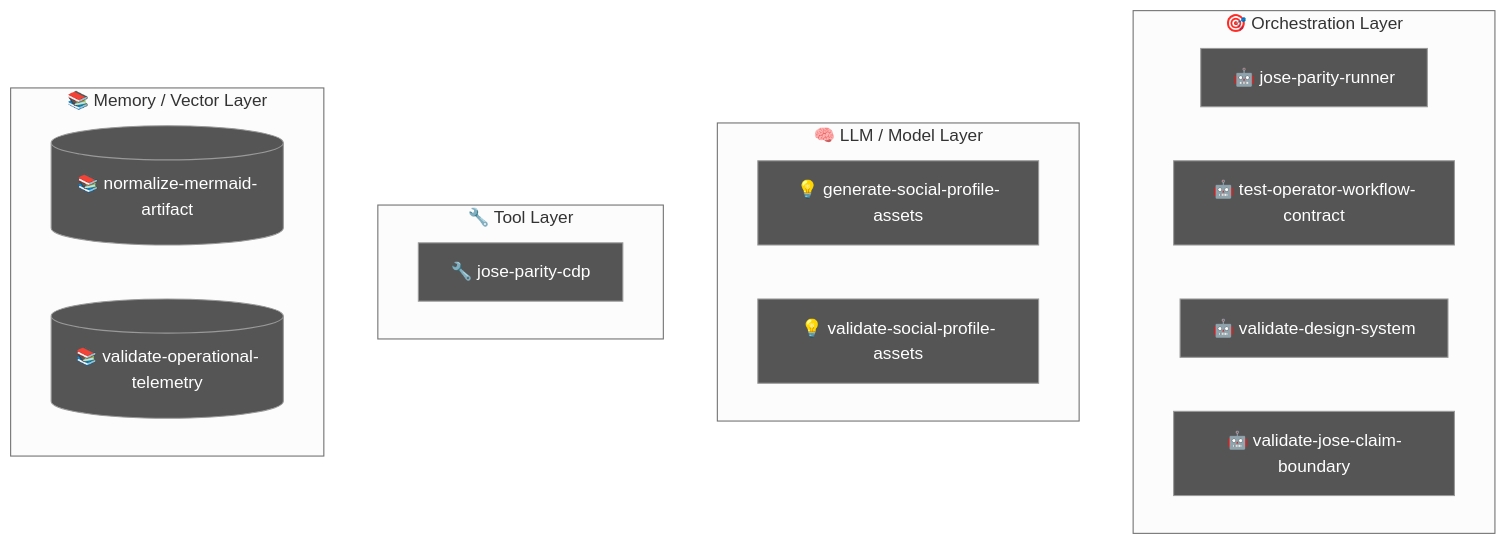
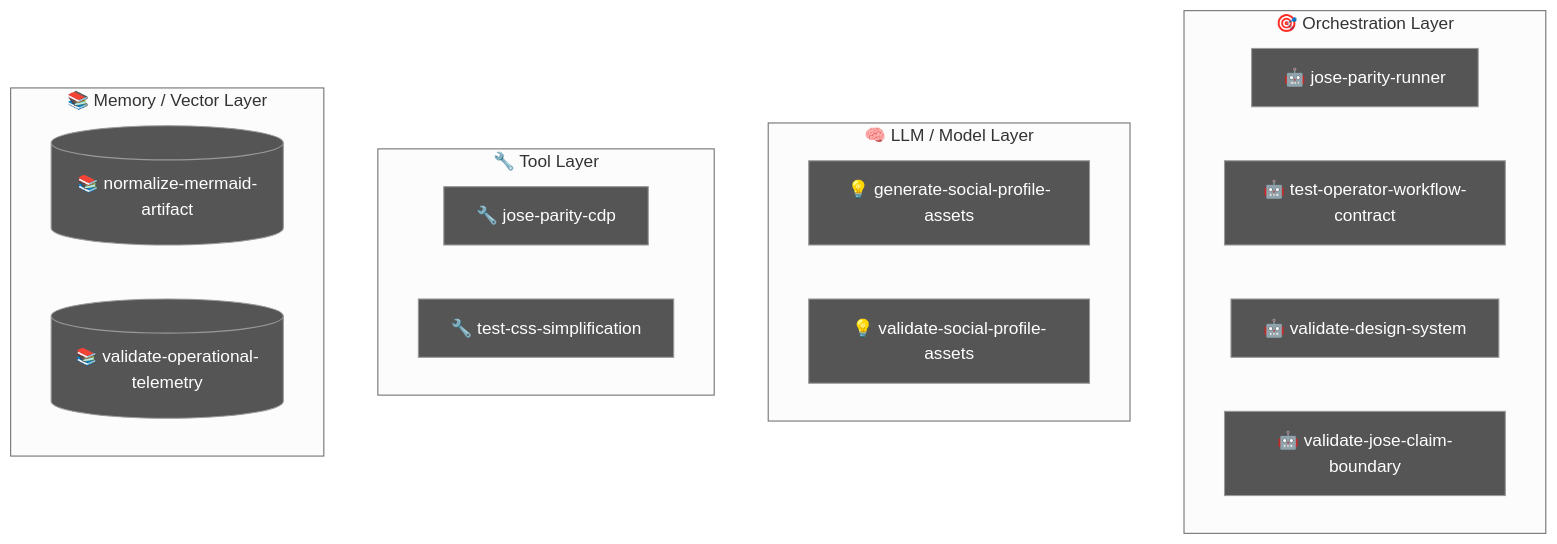
The diagram in .diagram/agent.mmd (jscraik/websites), drawn with Mermaid (neutral theme) before and after one commit. The commit also changed 5 other files, not shown here.

First line of the commit message:
chore(portfolio): refresh architecture projections

```diff
--- a/.diagram/agent.mmd
+++ b/.diagram/agent.mmd
@@ -1,26 +1,27 @@
 flowchart TD
   subgraph Orchestration["🎯 Orchestration Layer"]
     jose_parity_runner_50cc4344["🤖 jose-parity-runner"]
     test_operator_workflow_contract_b4a152d7["🤖 test-operator-workflow-contract"]
     validate_design_system_b8a5f37c["🤖 validate-design-system"]
     validate_jose_claim_boundary_01082824["🤖 validate-jose-claim-boundary"]
   end
   subgraph LLMLayer["🧠 LLM / Model Layer"]
     generate_social_profile_assets_f4f94011["💡 generate-social-profile-assets"]
     validate_social_profile_assets_a023937b["💡 validate-social-profile-assets"]
   end
   subgraph ToolLayer["🔧 Tool Layer"]
     jose_parity_cdp_bdcde21d["🔧 jose-parity-cdp"]
+    test_css_simplification_05516724["🔧 test-css-simplification"]
   end
   subgraph MemoryLayer["📚 Memory / Vector Layer"]
     normalize_mermaid_artifact_9dba7231[("📚 normalize-mermaid-artifact")]
     validate_operational_telemetry_cb447bde[("📚 validate-operational-telemetry")]
   end
   classDef agentNode fill:#555,color:#fff
   class jose_parity_runner_50cc4344,test_operator_workflow_contract_b4a152d7,validate_design_system_b8a5f37c,validate_jose_claim_boundary_01082824 agentNode
   classDef llmNode fill:#555,color:#fff
   class generate_social_profile_assets_f4f94011,validate_social_profile_assets_a023937b llmNode
   classDef toolNode fill:#555,color:#fff
-  class jose_parity_cdp_bdcde21d toolNode
+  class jose_parity_cdp_bdcde21d,test_css_simplification_05516724 toolNode
   classDef memNode fill:#555,color:#fff
   class normalize_mermaid_artifact_9dba7231,validate_operational_telemetry_cb447bde memNode
```
